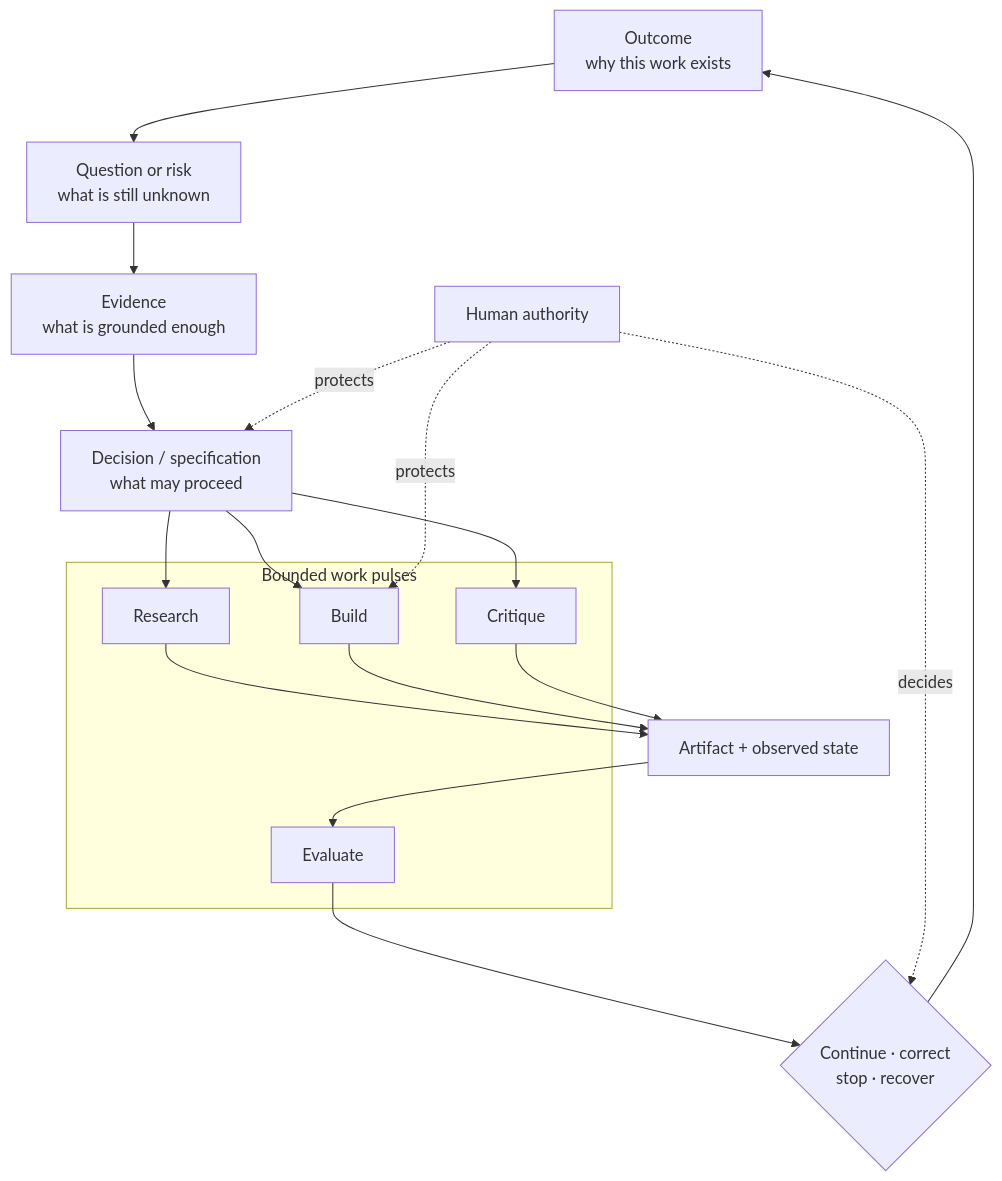
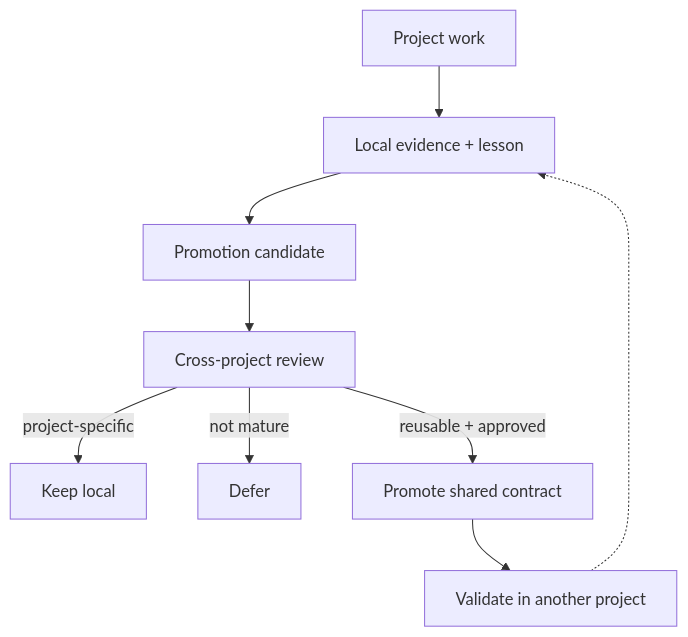
One commit to yiwei79/root-azoth changed the second of 3 diagrams in docs/case-studies/narrow-success-broad-failure.md. Above: the diagram before and after it, drawn with Mermaid. The commit also changed other lines of this file and 7 other files, not shown here.

````diff
--- a/docs/case-studies/narrow-success-broad-failure.md
+++ b/docs/case-studies/narrow-success-broad-failure.md
@@ -72,31 +150,11 @@
 ```mermaid
 flowchart TB
-    OUT["Outcome<br/>why this work exists"]
-    Q["Question or risk<br/>what is still unknown"]
-    E["Evidence<br/>what is grounded enough"]
-    D["Decision / specification<br/>what may proceed"]
-
-    subgraph PULSES["Bounded work pulses"]
-        R["Research"]
-        B["Build"]
-        C["Critique"]
-        V["Evaluate"]
-    end
-
-    A["Artifact + observed state"]
-    N{"Continue · correct<br/>stop · recover"}
-
-    OUT --> Q --> E --> D
-    D --> R
-    D --> B
-    D --> C
-    R --> A
-    B --> A
-    C --> A
-    A --> V --> N
-    N --> OUT
-
-    H["Human authority"] -.->|protects| D
-    H -.->|protects| B
-    H -.->|decides| N
+    W["Project work"] --> E["Local evidence + lesson"]
+    E --> C["Promotion candidate"]
+    C --> R["Cross-project review"]
+    R -->|project-specific| L["Keep local"]
+    R -->|not mature| D["Defer"]
+    R -->|reusable + approved| P["Promote shared contract"]
+    P --> V["Validate in another project"]
+    V -.-> E
 ```
````
